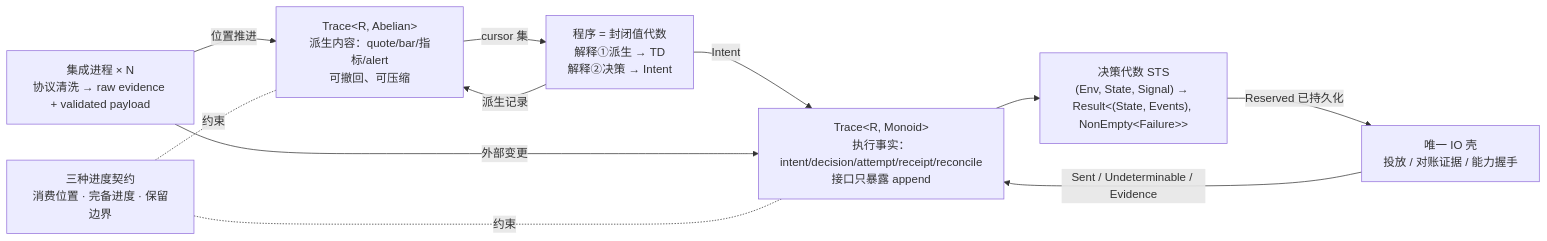
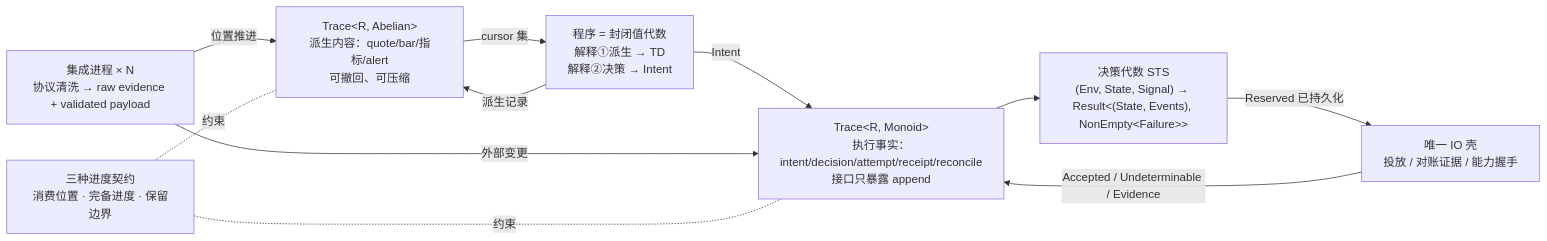
Before and after one commit to mouriya-s-lab/OpenAlice: the diagram in plans/uta-refactor/design/uta-core-design.md, drawn with Mermaid. The commit also changed other lines of this file, not shown here.

````diff
--- a/plans/uta-refactor/design/uta-core-design.md
+++ b/plans/uta-refactor/design/uta-core-design.md
@@ -24,20 +31,20 @@
 ```mermaid
 flowchart LR
   INT["集成进程 × N<br/>协议清洗 → raw evidence + validated payload"]
   TD["Trace&lt;R, Abelian&gt;<br/>派生内容：quote/bar/指标/alert<br/>可撤回、可压缩"]
   TE["Trace&lt;R, Monoid&gt;<br/>执行事实：intent/decision/attempt/receipt/reconcile<br/>接口只暴露 append"]
   STS["决策代数 STS<br/>(Env, State, Signal) → Result&lt;(State, Events), NonEmpty&lt;Failure&gt;&gt;"]
   PROG["程序 = 封闭值代数<br/>解释①派生 → TD<br/>解释②决策 → Intent"]
   IO["唯一 IO 壳<br/>投放 / 对账证据 / 能力握手"]
   FR["三种进度契约<br/>消费位置 · 完备进度 · 保留边界"]
   INT -->|位置推进| TD
   TD -->|cursor 集| PROG
   PROG -->|派生记录| TD
   PROG -->|Intent| TE
   TE --> STS
   STS -->|Reserved 已持久化| IO
-  IO -->|Sent / Undeterminable / Evidence| TE
+  IO -->|Accepted / Undeterminable / Evidence| TE
   INT -->|外部变更| TE
   FR -.约束.- TD
   FR -.约束.- TE
 ```
````
